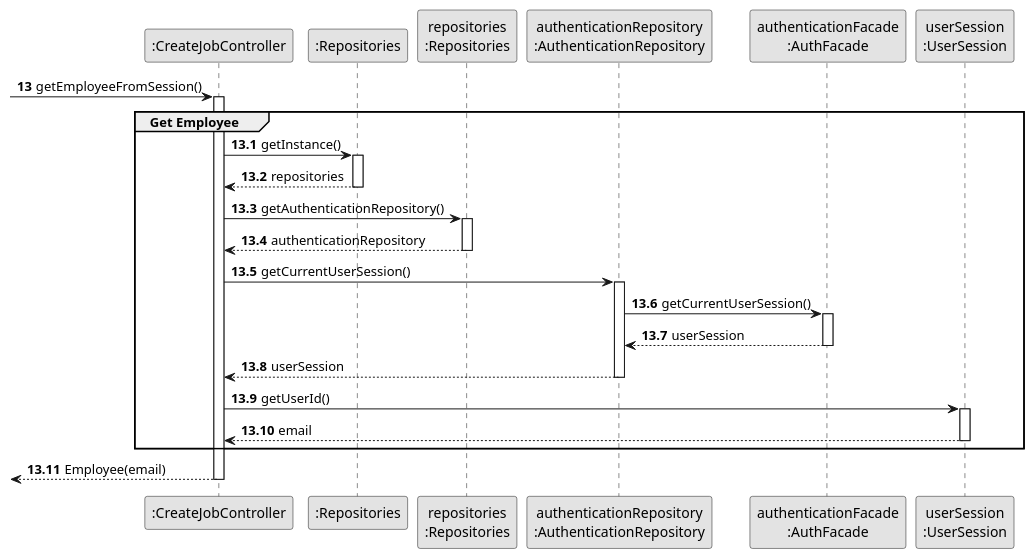
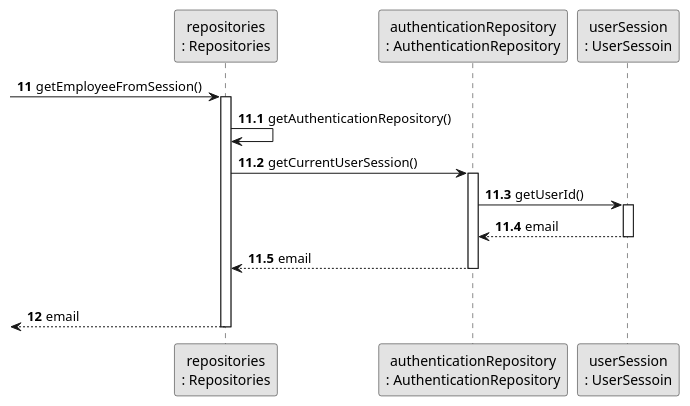
The diagram in docs/sprintB/us02/03.design/puml/us02-sequence-diagram-partial-get-employee.puml (Paulo-Pereira-at-ISEP/lei-24-s2-1nanb-g321), drawn with PlantUML before and after one commit. The commit also changed 5 other files, not shown here.

Commit message:
LGGPM-117 - US02 - Design - Sequence diagram update(full, validateJob, getEmployee)

```diff
--- a/docs/sprintB/us02/03.design/puml/us02-sequence-diagram-partial-get-employee.puml
+++ b/docs/sprintB/us02/03.design/puml/us02-sequence-diagram-partial-get-employee.puml
@@ -1,69 +1,48 @@
 @startuml
 skinparam monochrome true
 skinparam packageStyle rectangle
 skinparam shadowing false
 
 
 
 'hide footbox
-participant ":CreateJobController" as CTRL
-participant ":Repositories" as REPO_SINGLETON
-participant "repositories\n:Repositories" as GEN_REPO_INSTANCE
-participant "authenticationRepository\n:AuthenticationRepository" as AUTH_REPO_INSTANCE
-participant "authenticationFacade\n:AuthFacade" as AUTH_FACADE_INSTANCE
-participant "userSession\n:UserSession" as USR_SESSION_INSTANCE
 
 
-autonumber 13
--> CTRL : getEmployeeFromSession()
-autonumber 13.1
-activate CTRL
+participant "repositories\n: Repositories" as PLAT
+participant "authenticationRepository\n: AuthenticationRepository" as AUTH_REPO
+participant "userSession\n: UserSessoin" as USR_SESSION
+
+
+
+autonumber 11
+-> PLAT : getEmployeeFromSession()
+
+autonumber 11.1
+
+activate PLAT
+    PLAT -> PLAT : getAuthenticationRepository()
+
+    PLAT -> AUTH_REPO : getCurrentUserSession()
+
+    activate AUTH_REPO
+
+        AUTH_REPO -> USR_SESSION : getUserId()
+
+        activate USR_SESSION
+
+            USR_SESSION --> AUTH_REPO : email
+
+        deactivate USR_SESSION
+
+    AUTH_REPO -->PLAT : email
+
+    deactivate AUTH_REPO
 
     group Get Employee
 
-        CTRL -> REPO_SINGLETON : getInstance()
+    autonumber 12
 
-        activate REPO_SINGLETON
-
-            REPO_SINGLETON --> CTRL : repositories
-
-        deactivate REPO_SINGLETON
-
-        CTRL -> GEN_REPO_INSTANCE : getAuthenticationRepository()
-
-        activate GEN_REPO_INSTANCE
-
-        GEN_REPO_INSTANCE --> CTRL : authenticationRepository
-
-        deactivate GEN_REPO_INSTANCE
-
-        CTRL -> AUTH_REPO_INSTANCE : getCurrentUserSession()
-
-        activate AUTH_REPO_INSTANCE
-
-        AUTH_REPO_INSTANCE -> AUTH_FACADE_INSTANCE : getCurrentUserSession()
-
-        activate AUTH_FACADE_INSTANCE
-
-        AUTH_FACADE_INSTANCE --> AUTH_REPO_INSTANCE :  userSession
-
-        deactivate AUTH_FACADE_INSTANCE
-
-        AUTH_REPO_INSTANCE --> CTRL : userSession
-
-        deactivate AUTH_REPO_INSTANCE
-
-        CTRL -> USR_SESSION_INSTANCE : getUserId()
-
-        activate USR_SESSION_INSTANCE
-
-        USR_SESSION_INSTANCE --> CTRL : email
-
-        deactivate USR_SESSION_INSTANCE
-
-    end
-
-    <-- CTRL : Employee(email)
-deactivate CTRL
+ <-- PLAT: email
+deactivate PLAT
 
 @enduml
```
